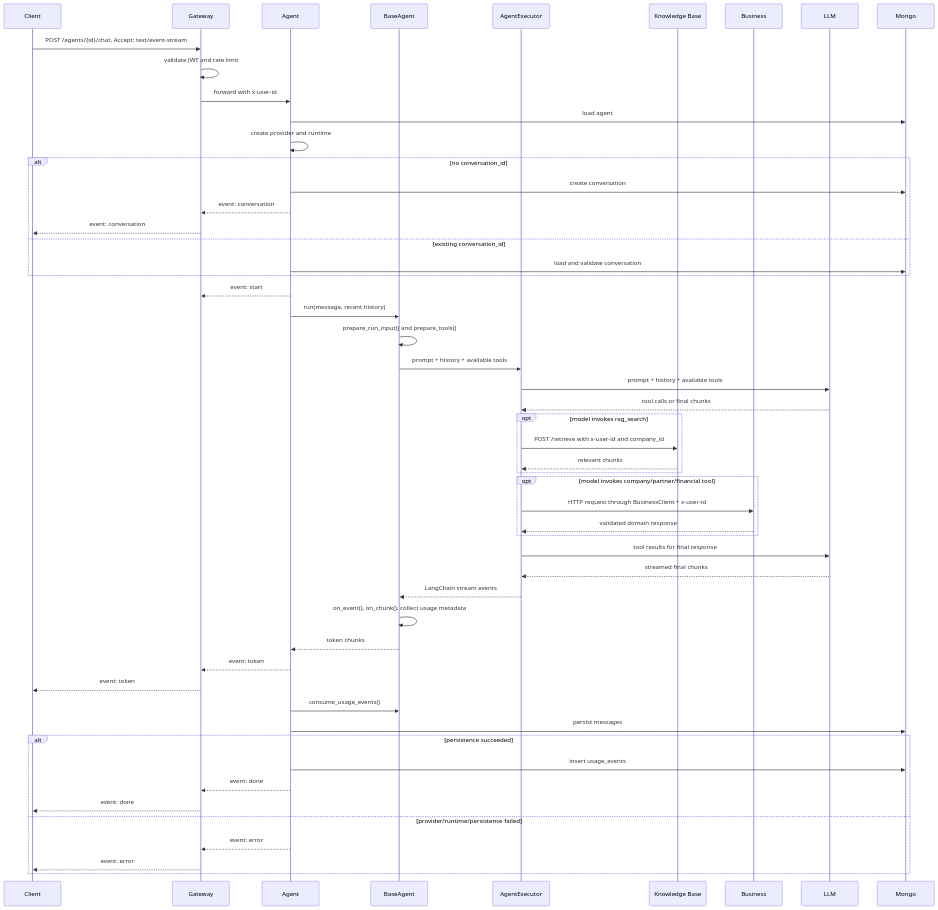
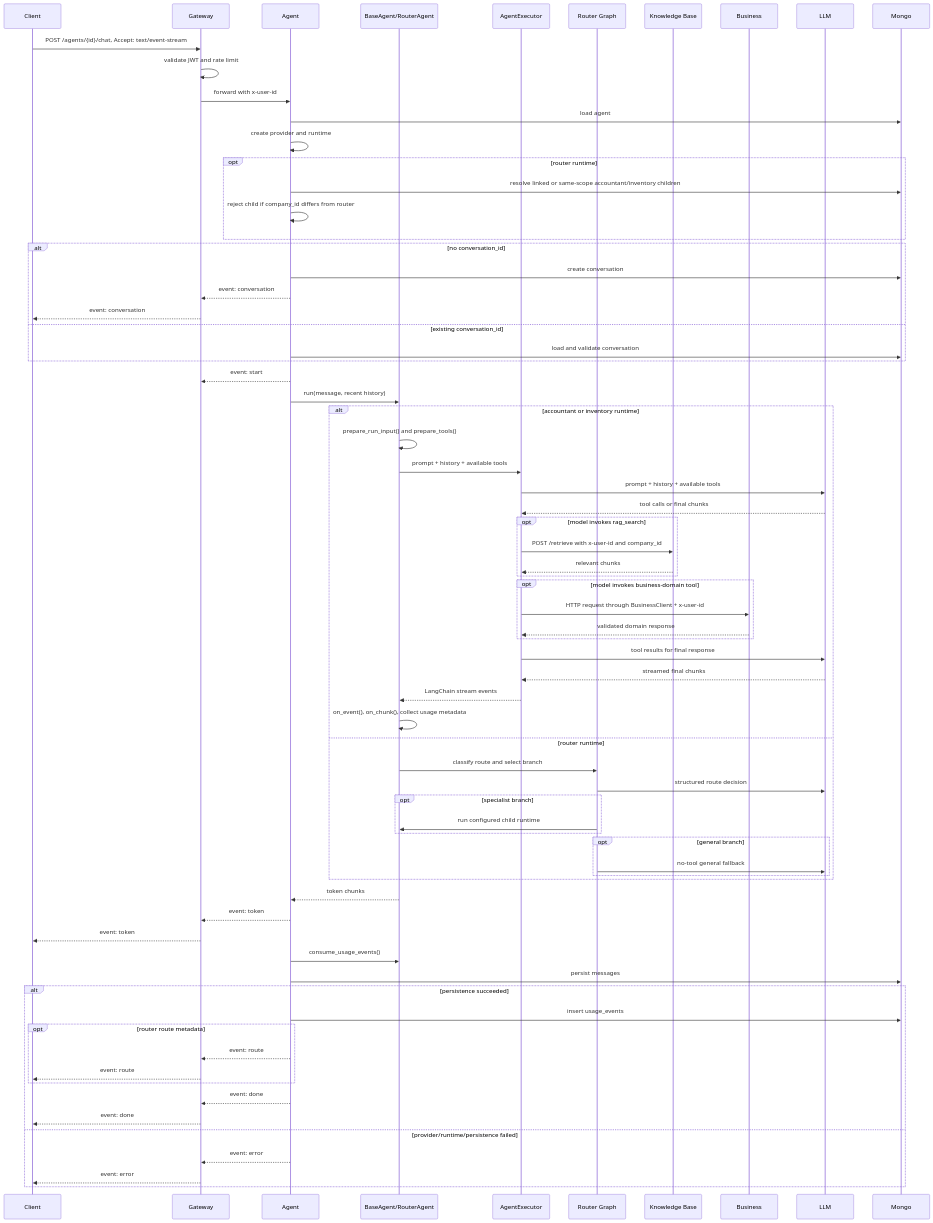
Before and after one commit to valiobar/agents: the fourth of 8 diagrams in docs/services/agent/data-flow.md, drawn with Mermaid. The commit also changed other lines of this file and 251 other files, not shown here.

First line of the commit message:
Add Inventory and Router Agent documentation

````diff
--- a/docs/services/agent/data-flow.md
+++ b/docs/services/agent/data-flow.md
@@ -78,56 +78,76 @@
 ```mermaid
 sequenceDiagram
     participant Client
     participant Gateway
     participant Agent
-    participant Runtime as BaseAgent
+    participant Runtime as BaseAgent/RouterAgent
     participant Executor as AgentExecutor
+    participant Graph as Router Graph
     participant KB as Knowledge Base
     participant Business
     participant LLM
     participant Mongo
 
     Client->>Gateway: POST /agents/{id}/chat, Accept: text/event-stream
     Gateway->>Gateway: validate JWT and rate limit
     Gateway->>Agent: forward with x-user-id
     Agent->>Mongo: load agent
     Agent->>Agent: create provider and runtime
+    opt router runtime
+        Agent->>Mongo: resolve linked or same-scope accountant/inventory children
+        Agent->>Agent: reject child if company_id differs from router
+    end
     alt no conversation_id
         Agent->>Mongo: create conversation
         Agent-->>Gateway: event: conversation
         Gateway-->>Client: event: conversation
     else existing conversation_id
         Agent->>Mongo: load and validate conversation
     end
     Agent-->>Gateway: event: start
     Agent->>Runtime: run(message, recent history)
-    Runtime->>Runtime: prepare_run_input() and prepare_tools()
-    Runtime->>Executor: prompt + history + available tools
-    Executor->>LLM: prompt + history + available tools
-    LLM-->>Executor: tool calls or final chunks
-    opt model invokes rag_search
-        Executor->>KB: POST /retrieve with x-user-id and company_id
-        KB-->>Executor: relevant chunks
+    alt accountant or inventory runtime
+        Runtime->>Runtime: prepare_run_input() and prepare_tools()
+        Runtime->>Executor: prompt + history + available tools
+        Executor->>LLM: prompt + history + available tools
+        LLM-->>Executor: tool calls or final chunks
+        opt model invokes rag_search
+            Executor->>KB: POST /retrieve with x-user-id and company_id
+            KB-->>Executor: relevant chunks
+        end
+        opt model invokes business-domain tool
+            Executor->>Business: HTTP request through BusinessClient + x-user-id
+            Business-->>Executor: validated domain response
+        end
+        Executor->>LLM: tool results for final response
+        LLM-->>Executor: streamed final chunks
+        Executor-->>Runtime: LangChain stream events
+        Runtime->>Runtime: on_event(), on_chunk(), collect usage metadata
+    else router runtime
+        Runtime->>Graph: classify route and select branch
+        Graph->>LLM: structured route decision
+        opt specialist branch
+            Graph->>Runtime: run configured child runtime
+        end
+        opt general branch
+            Graph->>LLM: no-tool general fallback
+        end
     end
-    opt model invokes company/partner/financial tool
-        Executor->>Business: HTTP request through BusinessClient + x-user-id
-        Business-->>Executor: validated domain response
-    end
-    Executor->>LLM: tool results for final response
-    LLM-->>Executor: streamed final chunks
-    Executor-->>Runtime: LangChain stream events
-    Runtime->>Runtime: on_event(), on_chunk(), collect usage metadata
     Runtime-->>Agent: token chunks
     Agent-->>Gateway: event: token
     Gateway-->>Client: event: token
     Agent->>Runtime: consume_usage_events()
     Agent->>Mongo: persist messages
     alt persistence succeeded
         Agent->>Mongo: insert usage_events
+        opt router route metadata
+            Agent-->>Gateway: event: route
+            Gateway-->>Client: event: route
+        end
         Agent-->>Gateway: event: done
         Gateway-->>Client: event: done
     else provider/runtime/persistence failed
         Agent-->>Gateway: event: error
         Gateway-->>Client: event: error
     end
 ```
````
